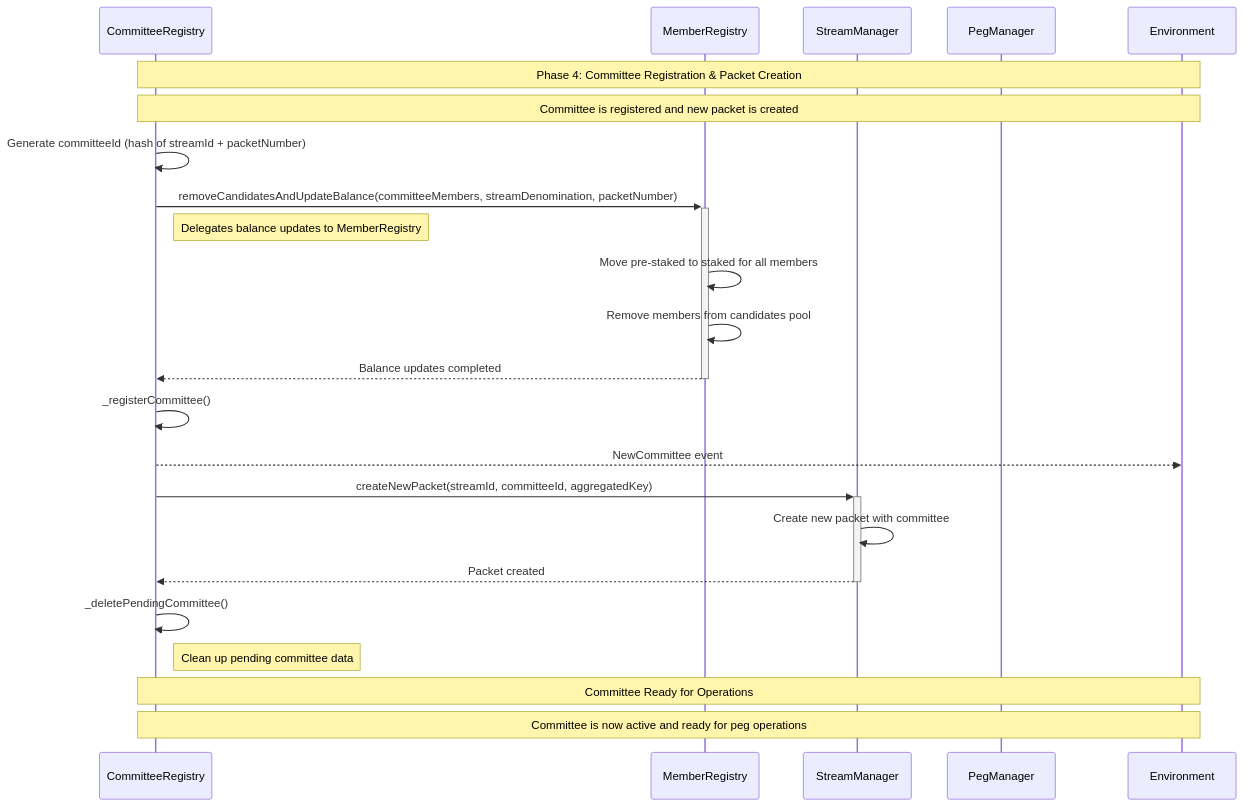
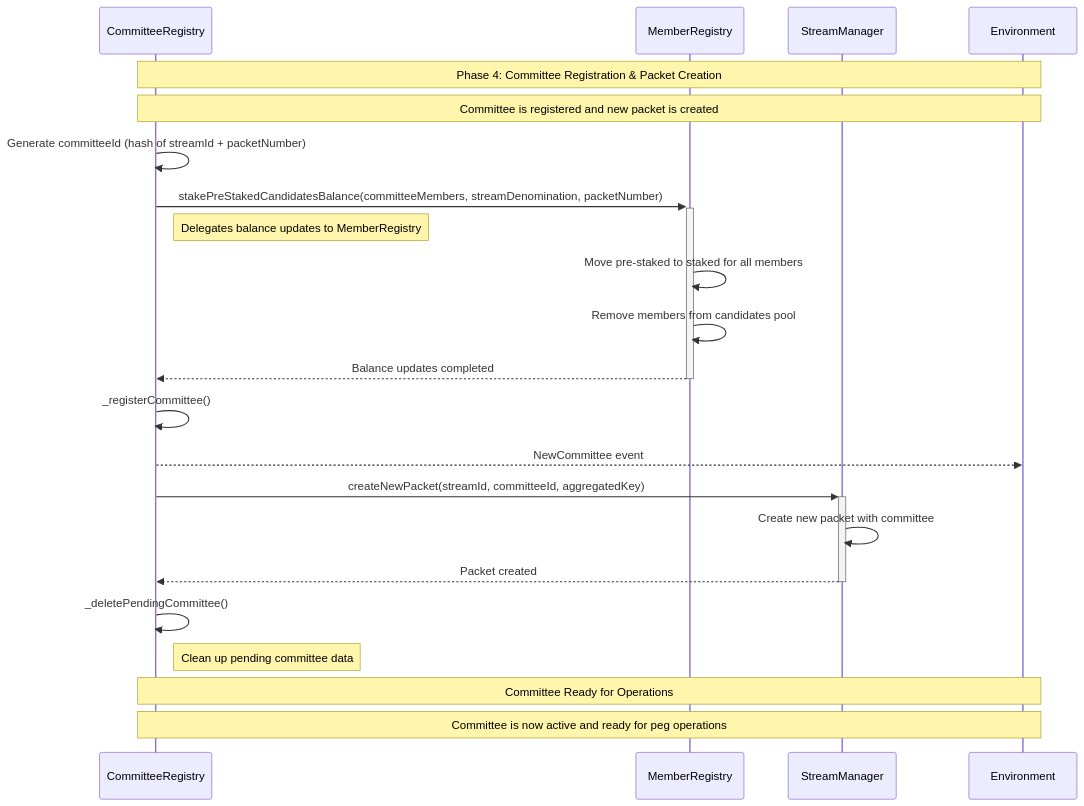
The fourth of 14 diagrams in docs/src/README.md (rsksmart/union-bridge-contracts), drawn with Mermaid before and after one commit. The commit also changed other lines of this file and 98 other files, not shown here.

````diff
--- a/docs/src/README.md
+++ b/docs/src/README.md
@@ -682,28 +685,27 @@
 ```mermaid
 sequenceDiagram
     participant CR as CommitteeRegistry
     participant MR as MemberRegistry
     participant SM as StreamManager
-    participant PM as PegManager
     participant ENV as Environment
 
     Note over CR,ENV: Phase 4: Committee Registration & Packet Creation
     Note over CR,ENV: Committee is registered and new packet is created
 
     CR->>CR: Generate committeeId (hash of streamId + packetNumber)
-    CR->>+MR: removeCandidatesAndUpdateBalance(committeeMembers, streamDenomination, packetNumber)
+    CR->>+MR: stakePreStakedCandidatesBalance(committeeMembers, streamDenomination, packetNumber)
     Note right of CR: Delegates balance updates to MemberRegistry
     MR->>MR: Move pre-staked to staked for all members
     MR->>MR: Remove members from candidates pool
     MR-->>-CR: Balance updates completed
     CR->>CR: _registerCommittee()
     CR-->>ENV: NewCommittee event
     CR->>+SM: createNewPacket(streamId, committeeId, aggregatedKey)
     SM->>SM: Create new packet with committee
     SM-->>-CR: Packet created
     CR->>CR: _deletePendingCommittee()
     Note right of CR: Clean up pending committee data
 
     Note over CR,ENV: Committee Ready for Operations
     Note over CR,ENV: Committee is now active and ready for peg operations
 ```
````
